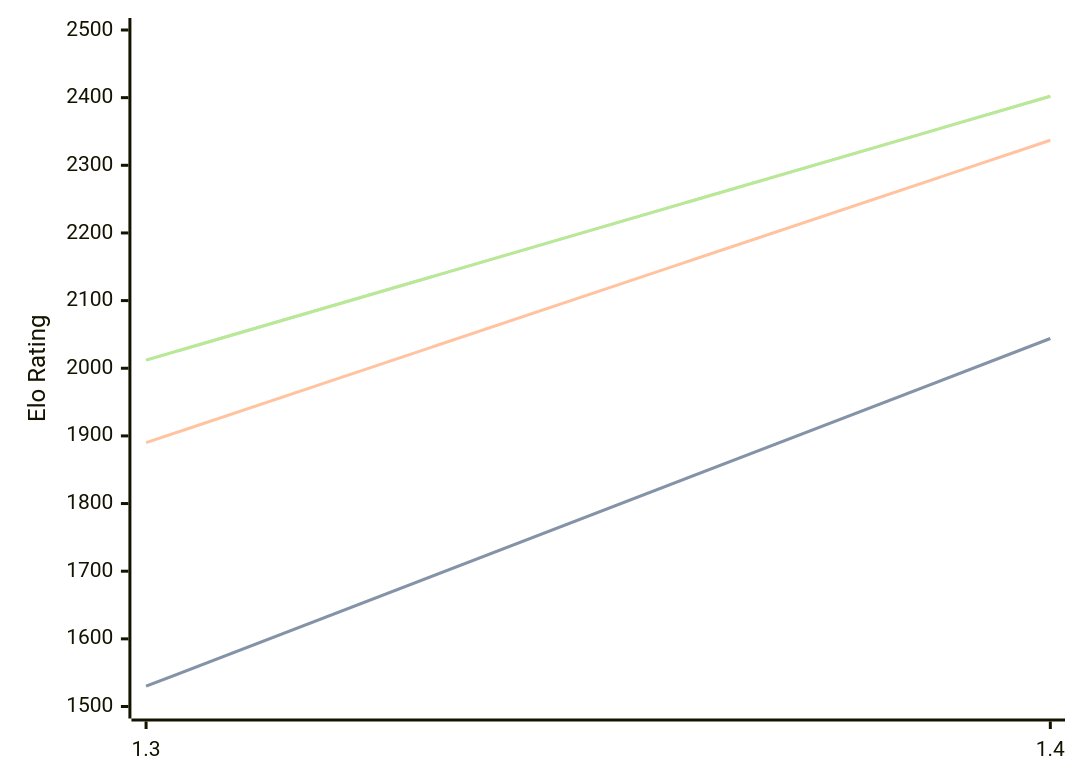
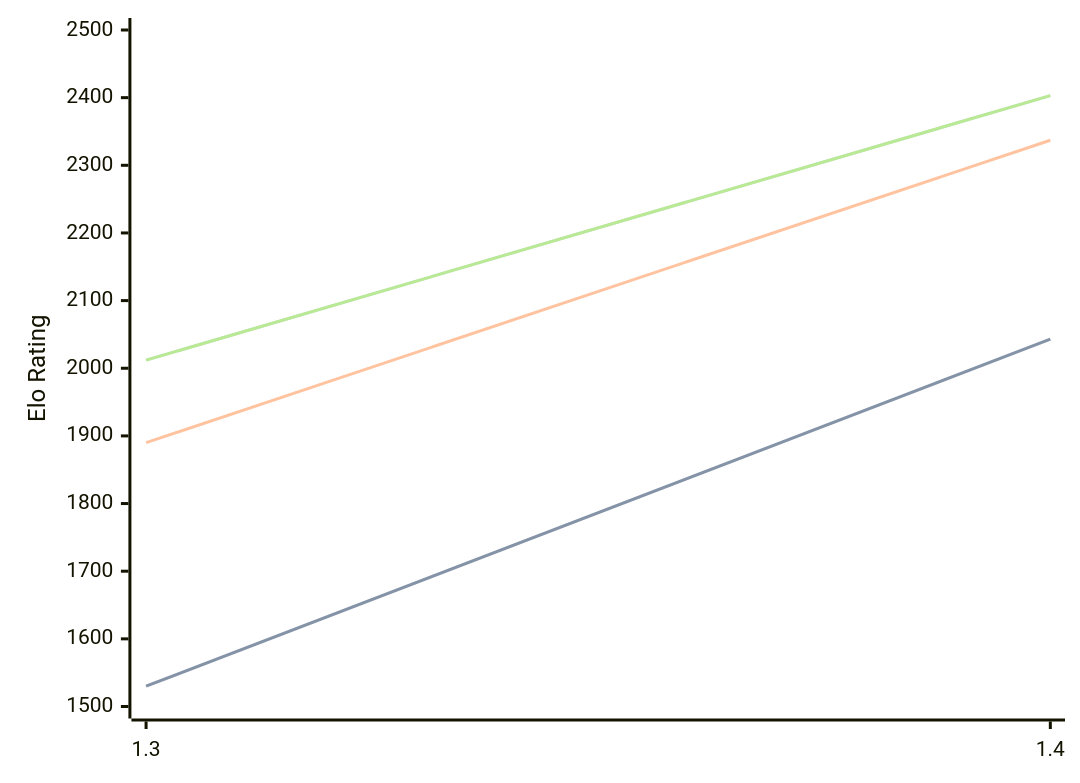
The diagram in engines/Facon.md (computer-chess-index/cci), drawn with Mermaid before and after one commit. The commit also changed other lines of this file, not shown here.

Commit message:
Update CCI Ratings (ELO VLTC) - 2026-05-08

````diff
--- a/engines/Facon.md
+++ b/engines/Facon.md
@@ -35,11 +35,11 @@
 ```mermaid
 %%{init: {"theme":"base","themeVariables":{"seriesColors:['#a3a3a3','#222221','#faa371']}}}%%
 xychart-beta
   x-axis ["1.3", "1.4"]
   y-axis "Elo Rating" 1500 --> 2500
-  line "STC (8.0+0.08s)" [1530, 2044]
-  line "STC (8.0+0.08s)" [1530, 2044]
+  line "STC (8.0+0.08s)" [1530, 2043]
+  line "STC (8.0+0.08s)" [1530, 2043]
   line "LTC (60.0+0.60s)" [1890, 2337]
-  line "VLTC (2m24s+1.12s)" [2012, 2402]
-  line "VLTC (2m24s+1.12s)" [2012, 2402]
+  line "VLTC (2m24s+1.12s)" [2012, 2403]
+  line "VLTC (2m24s+1.12s)" [2012, 2403]
 ```
````
